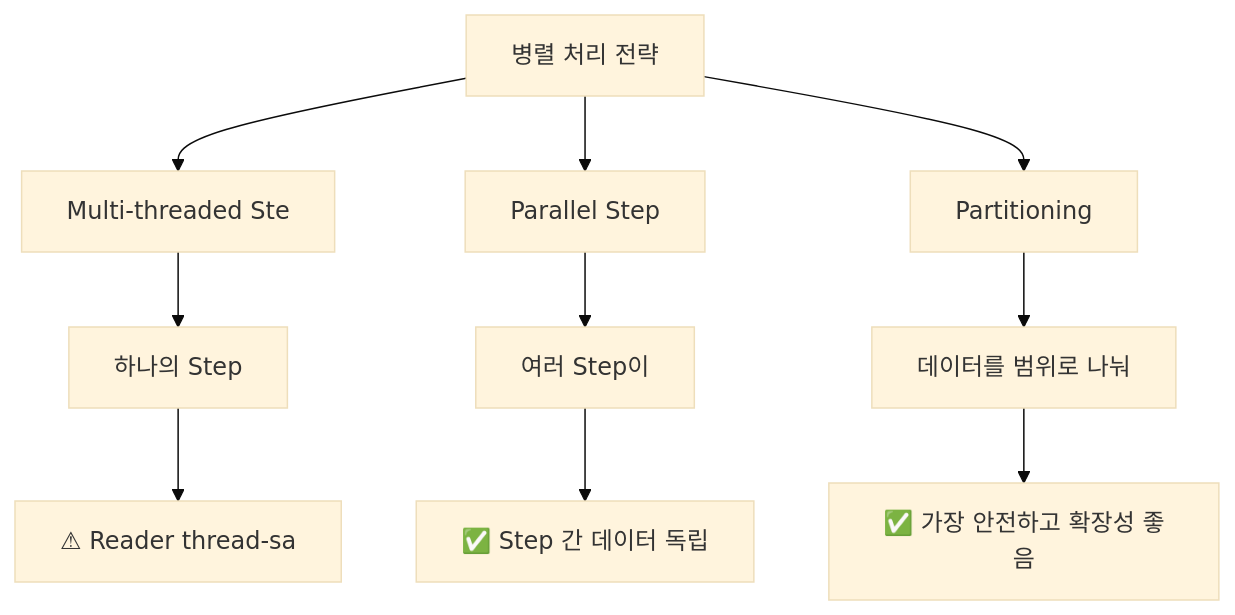
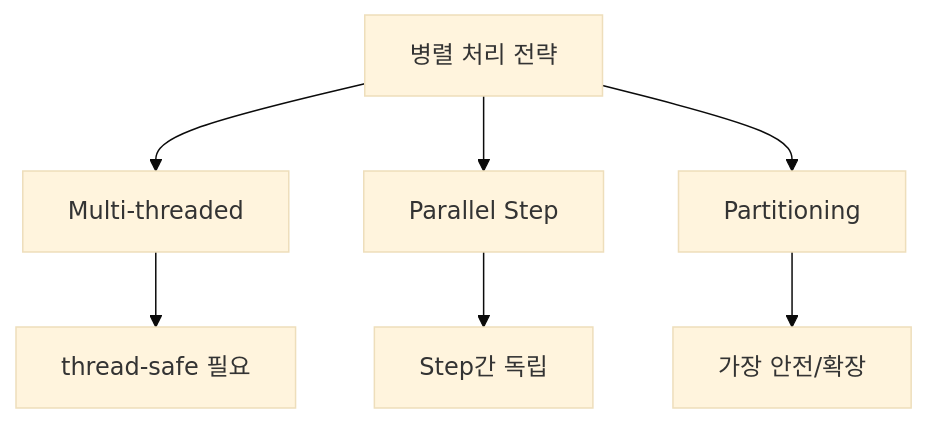
The first of 6 diagrams in _posts/batch/2026-05-03-spring-batch-partitioning.md (yjkim2015/yjkim2015.github.io), drawn with Mermaid (base theme) before and after one commit. The commit also changed other lines of this file and 155 other files, not shown here.

First line of the commit message:
Mermaid 전면 수정: subgraph 제거, participant/노드/줄수 축소 (342블록)

````diff
--- a/_posts/batch/2026-05-03-spring-batch-partitioning.md
+++ b/_posts/batch/2026-05-03-spring-batch-partitioning.md
@@ -28,12 +28,9 @@
 ```mermaid
 flowchart TD
-    A["병렬 처리 전략"] --> B["Multi-threaded Ste"]
+    A["병렬 처리 전략"] --> B["Multi-threaded"]
     A --> C["Parallel Step"]
     A --> D["Partitioning"]
-    B --> B1["하나의 Step"]
-    C --> C1["여러 Step이"]
-    D --> D1["데이터를 범위로 나눠"]
-    B1 --> B2["⚠ Reader thread-sa"]
-    C1 --> C2["✅ Step 간 데이터 독립"]
-    D1 --> D2["✅ 가장 안전하고 확장성 좋음"]
+    B --> B2["thread-safe 필요"]
+    C --> C2["Step간 독립"]
+    D --> D2["가장 안전/확장"]
 ```
````
